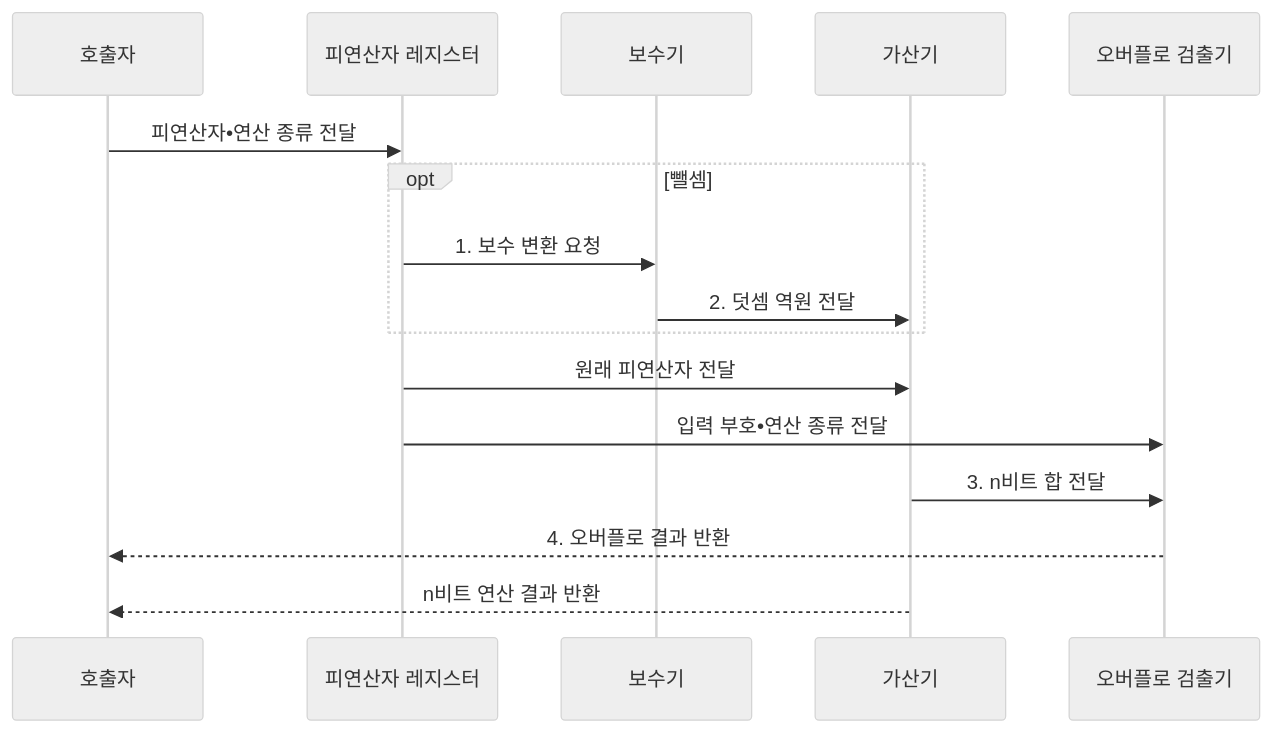
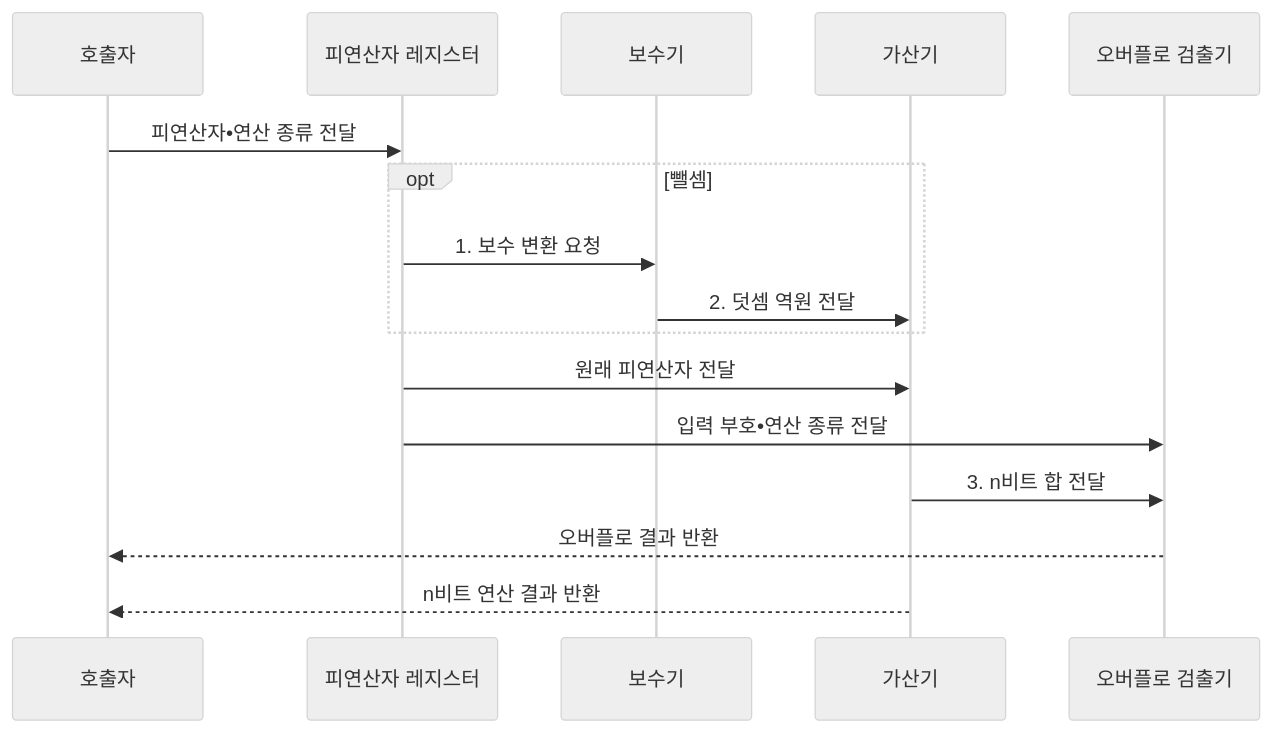
Before and after one commit to agnusdei1207/knowledge-base: the second of 2 diagrams in src/content/docs/notes/01-basic-theory/024_twos_complement.md, drawn with Mermaid (neutral theme). The commit also changed other lines of this file and 20 other files, not shown here.

````diff
--- a/src/content/docs/notes/01-basic-theory/024_twos_complement.md
+++ b/src/content/docs/notes/01-basic-theory/024_twos_complement.md
@@ -86,18 +86,18 @@
 ```mermaid
 sequenceDiagram
     participant Q as 호출자
     participant R as 피연산자 레지스터
     participant C as 보수기
     participant A as 가산기
     participant V as 오버플로 검출기
     Q->>R: 피연산자•연산 종류 전달
     opt 뺄셈
         R->>C: 1. 보수 변환 요청
         C->>A: 2. 덧셈 역원 전달
     end
     R->>A: 원래 피연산자 전달
     R->>V: 입력 부호•연산 종류 전달
     A->>V: 3. n비트 합 전달
-    V-->>Q: 4. 오버플로 결과 반환
+    V-->>Q: 오버플로 결과 반환
     A-->>Q: n비트 연산 결과 반환
 ```
````
